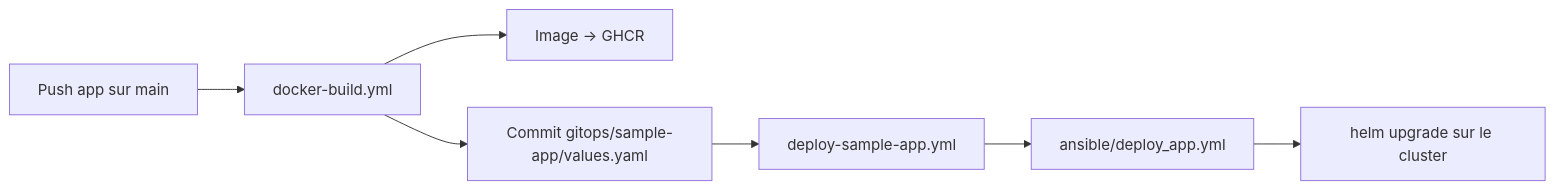
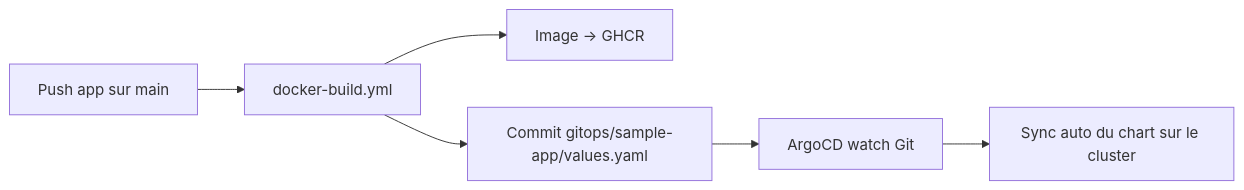
Before and after one commit to PikPakPik/T-CLO-902-NAN_1: the diagram in docs/gitops.md, drawn with Mermaid. The commit also changed other lines of this file and 16 other files, not shown here.

````diff
--- a/docs/gitops.md
+++ b/docs/gitops.md
@@ -7,9 +7,8 @@
 ```mermaid
 flowchart LR
     push[Push app sur main] --> build[docker-build.yml]
-    build --> ghcr[Image → GHCR]
+    build --> ghcr[Image -> GHCR]
     build --> gitops[Commit gitops/sample-app/values.yaml]
-    gitops --> deploy[deploy-sample-app.yml]
-    deploy --> ansible[ansible/deploy_app.yml]
-    ansible --> helm[helm upgrade sur le cluster]
+    gitops --> argocd[ArgoCD watch Git]
+    argocd --> sync[Sync auto du chart sur le cluster]
 ```
````
